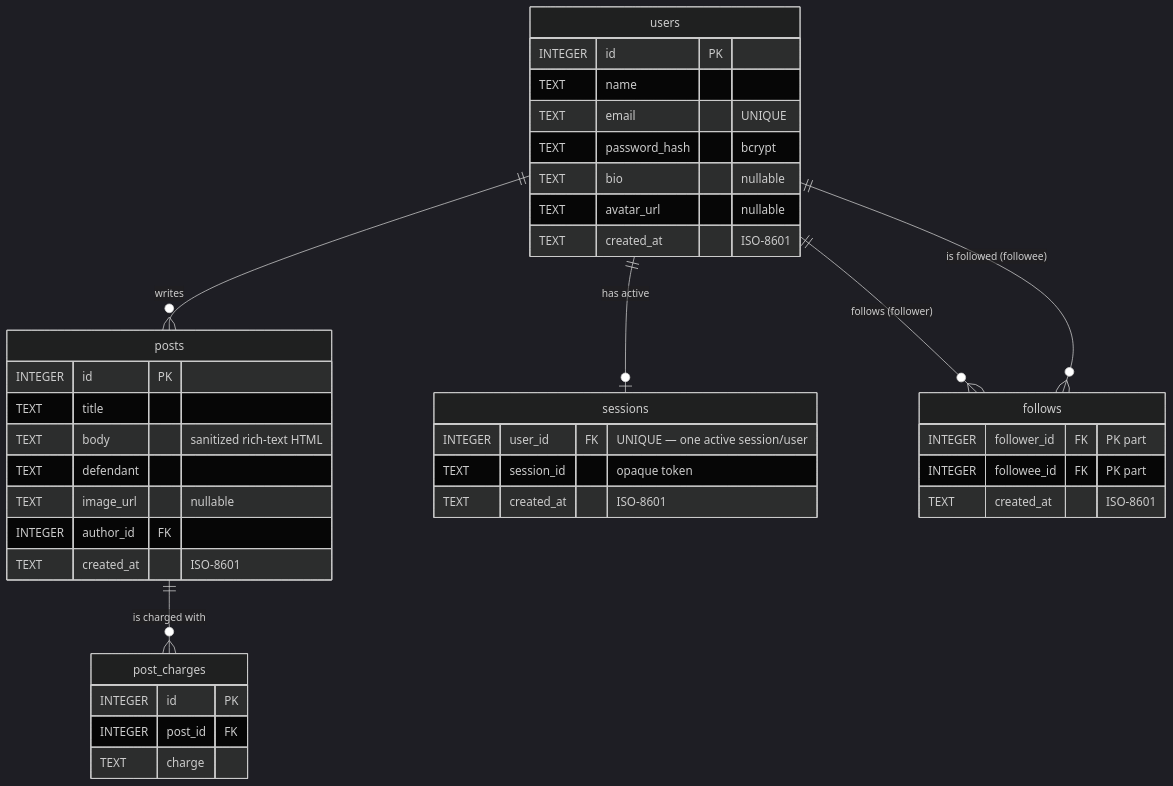
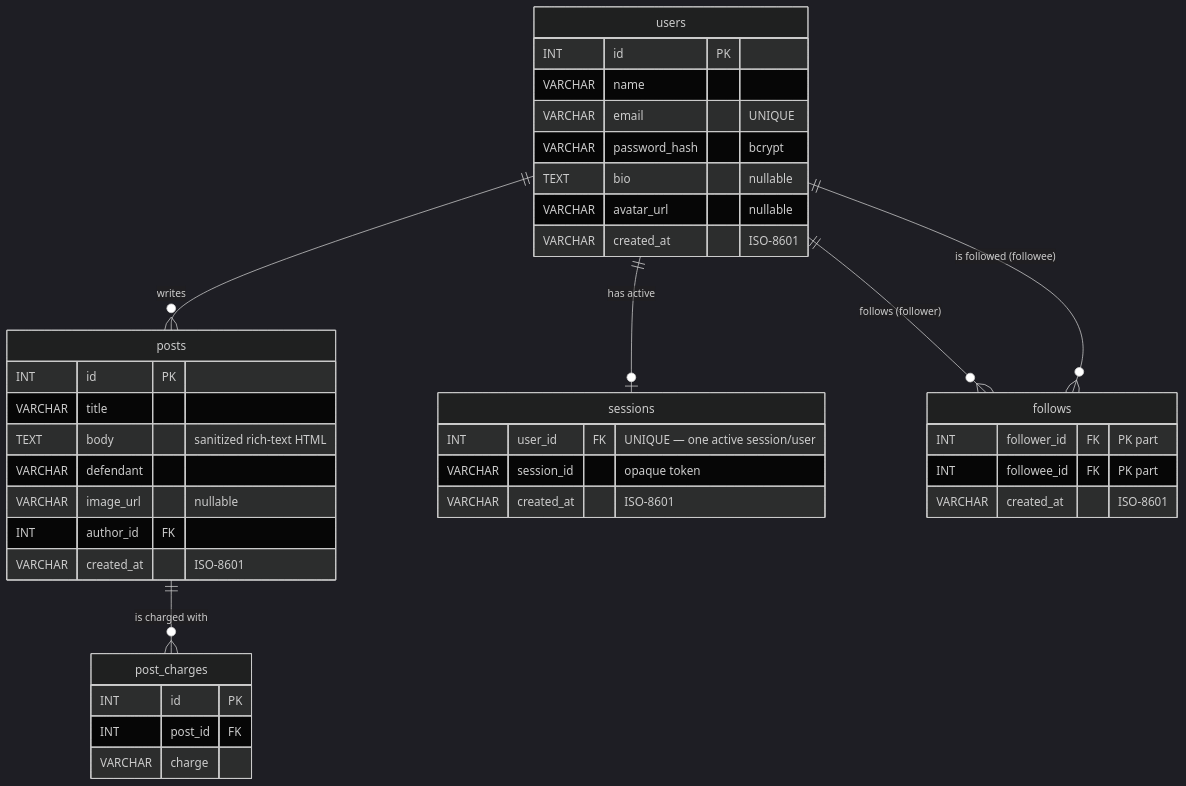
The diagram in database/schema.md (Avi-Lezerovich/fullstack-2026), drawn with Mermaid (dark theme) before and after one commit. The commit also changed other lines of this file and 8 other files, not shown here.

````diff
--- a/database/schema.md
+++ b/database/schema.md
@@ -8,46 +8,46 @@
 ```mermaid
 erDiagram
     users ||--o{ posts          : "writes"
     users ||--o| sessions       : "has active"
     posts ||--o{ post_charges   : "is charged with"
     users ||--o{ follows        : "follows (follower)"
     users ||--o{ follows        : "is followed (followee)"
 
     users {
-        INTEGER id PK
-        TEXT    name
-        TEXT    email "UNIQUE"
-        TEXT    password_hash "bcrypt"
-        TEXT    bio "nullable"
-        TEXT    avatar_url "nullable"
-        TEXT    created_at "ISO-8601"
+        INT          id PK
+        VARCHAR      name
+        VARCHAR      email "UNIQUE"
+        VARCHAR      password_hash "bcrypt"
+        TEXT         bio "nullable"
+        VARCHAR      avatar_url "nullable"
+        VARCHAR      created_at "ISO-8601"
     }
 
     sessions {
-        INTEGER user_id FK "UNIQUE — one active session/user"
-        TEXT    session_id "opaque token"
-        TEXT    created_at "ISO-8601"
+        INT          user_id FK "UNIQUE — one active session/user"
+        VARCHAR      session_id "opaque token"
+        VARCHAR      created_at "ISO-8601"
     }
 
     posts {
-        INTEGER id PK
-        TEXT    title
-        TEXT    body "sanitized rich-text HTML"
-        TEXT    defendant
-        TEXT    image_url "nullable"
-        INTEGER author_id FK
-        TEXT    created_at "ISO-8601"
+        INT          id PK
+        VARCHAR      title
+        TEXT         body "sanitized rich-text HTML"
+        VARCHAR      defendant
+        VARCHAR      image_url "nullable"
+        INT          author_id FK
+        VARCHAR      created_at "ISO-8601"
     }
 
     post_charges {
-        INTEGER id PK
-        INTEGER post_id FK
-        TEXT    charge
+        INT          id PK
+        INT          post_id FK
+        VARCHAR      charge
     }
 
     follows {
-        INTEGER follower_id FK "PK part"
-        INTEGER followee_id FK "PK part"
-        TEXT    created_at "ISO-8601"
+        INT          follower_id FK "PK part"
+        INT          followee_id FK "PK part"
+        VARCHAR      created_at "ISO-8601"
     }
 ```
````
